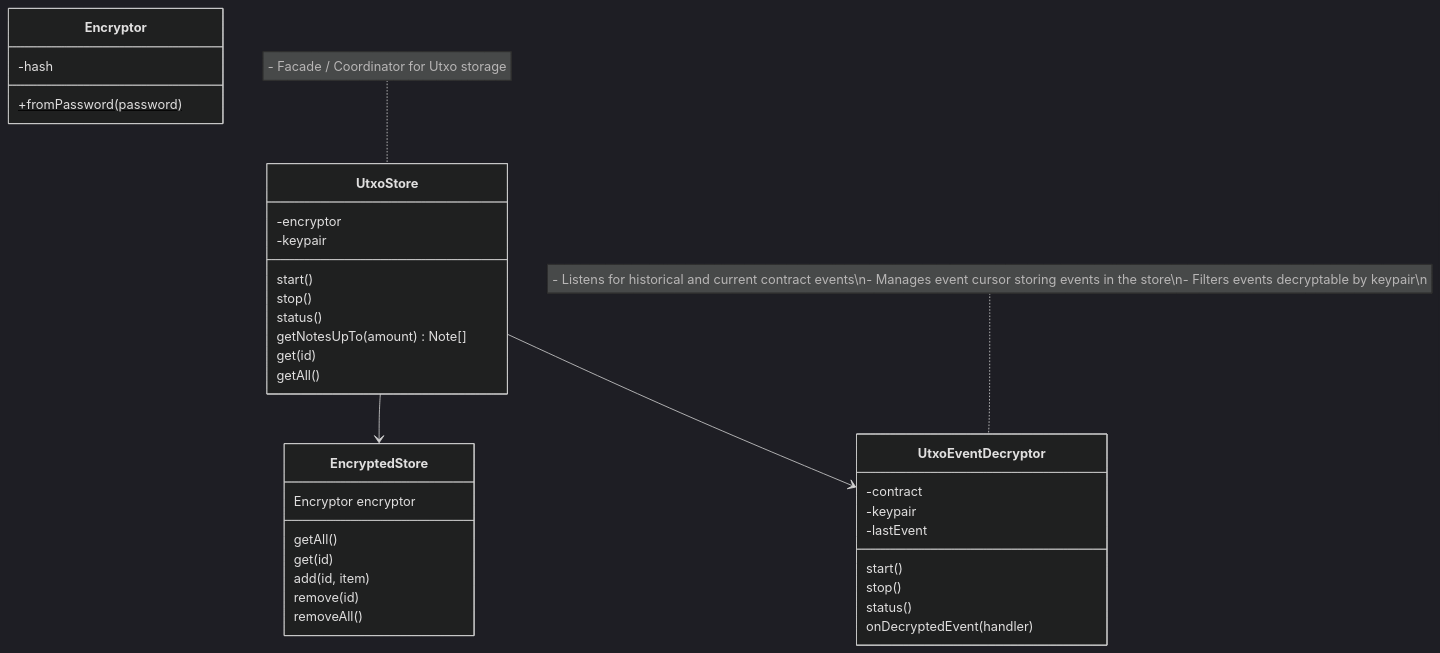
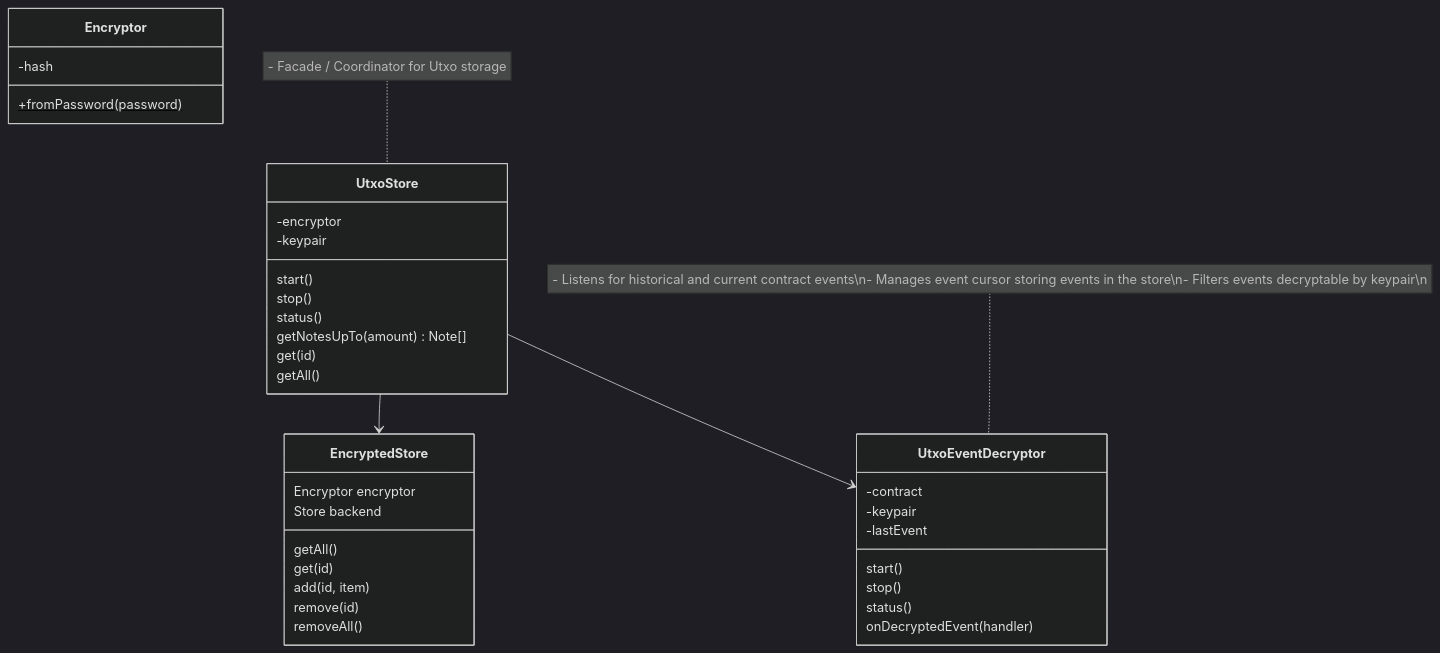
Before and after one commit to blockhackersio/zrclib: the diagram in README.md, drawn with Mermaid (dark theme). The commit also changed other lines of this file, not shown here.

````diff
--- a/README.md
+++ b/README.md
@@ -83,42 +85,43 @@
 ```mermaid
 
 classDiagram
     note for UtxoStore "- Facade / Coordinator for Utxo storage"
 
     class UtxoStore
     UtxoStore: -encryptor
     UtxoStore: -keypair
     UtxoStore: start()
     UtxoStore: stop()
     UtxoStore: status()
     UtxoStore: getNotesUpTo(amount) Note[]
     UtxoStore: get(id)
     UtxoStore: getAll()
 
     note for UtxoEventDecryptor "- Listens for historical and current contract events\n- Manages event cursor storing events in the store\n- Filters events decryptable by keypair\n"
 
     class UtxoEventDecryptor
     UtxoEventDecryptor: -contract
     UtxoEventDecryptor: -keypair
     UtxoEventDecryptor: -lastEvent
     UtxoEventDecryptor: start()
     UtxoEventDecryptor: stop()
     UtxoEventDecryptor: status()
     UtxoEventDecryptor: onDecryptedEvent(handler)
 
     class Encryptor
     Encryptor: -hash
     Encryptor: +fromPassword(password)$
 
     class EncryptedStore
     EncryptedStore: Encryptor encryptor
+    EncryptedStore: Store backend
     EncryptedStore: getAll()
     EncryptedStore: get(id)
     EncryptedStore: add(id, item)
     EncryptedStore: remove(id)
     EncryptedStore: removeAll()
 
     UtxoStore --> EncryptedStore
     UtxoStore --> UtxoEventDecryptor
 
 ```
````
